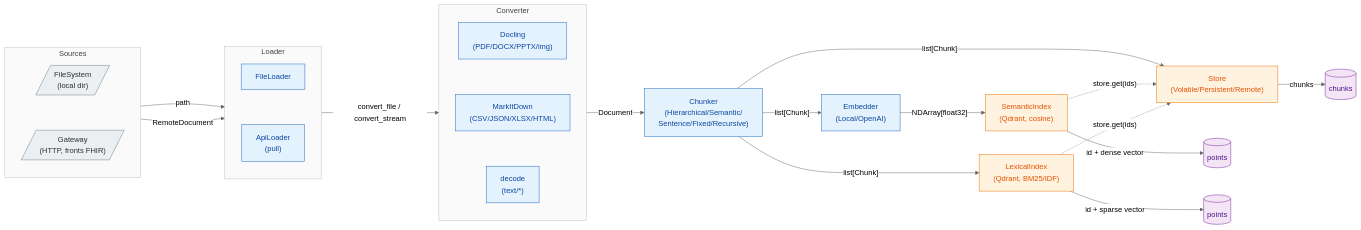
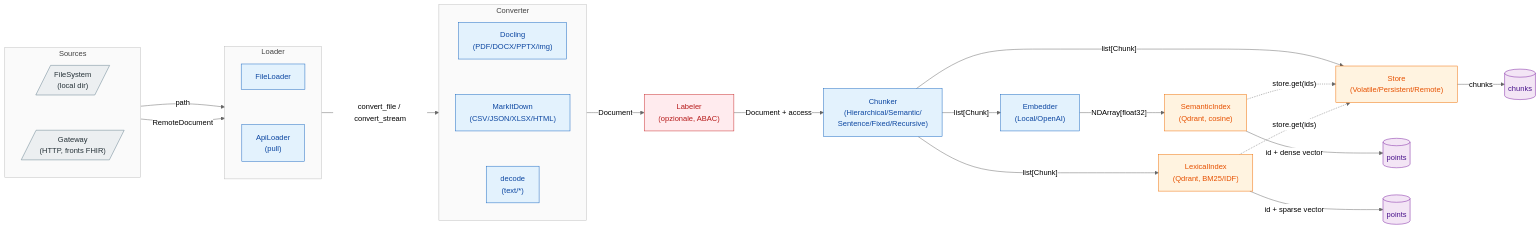
The second of 3 diagrams in docs/architecture.md (DavideFricano/auth-rag), drawn with Mermaid (neutral theme) before and after one commit. The commit also changed other lines of this file, not shown here.

First line of the commit message:
docs(architecture): the whole system, layer by layer

````diff
--- a/docs/architecture.md
+++ b/docs/architecture.md
@@ -7,67 +204,70 @@
 ```mermaid
 flowchart LR
     subgraph SRC[" Sources "]
         direction TB
         srcFs[/" FileSystem<br>(local dir) "/]
         srcGw[/" Gateway<br>(HTTP, fronts FHIR) "/]
         srcFs ~~~ srcGw
     end
 
     subgraph LOAD[" Loader "]
         direction TB
         ldFs[" FileLoader "]
         ldApi[" ApiLoader<br>(pull) "]
         ldFs ~~~ ldApi
     end
 
     subgraph CONV[" Converter "]
         direction TB
         cvDocling[" Docling<br>(PDF/DOCX/PPTX/img) "]
         cvMarkit[" MarkItDown<br>(CSV/JSON/XLSX/HTML) "]
         cvText[" decode<br>(text/*) "]
         cvDocling ~~~ cvMarkit ~~~ cvText
     end
 
     srcFs -- path --> ldFs
     srcGw -- RemoteDocument --> ldApi
     LOAD -- "convert_file / convert_stream" --> CONV
-    CONV -- Document --> C[" Chunker<br>(Hierarchical/Semantic/<br>Sentence/Fixed/Recursive) "]
+    CONV -- Document --> LB[" Labeler<br>(opzionale, ABAC) "]
+    LB -- "Document + access" --> C[" Chunker<br>(Hierarchical/Semantic/<br>Sentence/Fixed/Recursive) "]
 
     %% dato dei chunk: scritto una volta sola nello store condiviso
     C -- list[Chunk] --> S[" Store<br>(Volatile/Persistent/Remote) "]
     S -- chunks --> DBc[( chunks )]
 
     %% indici: solo id + rappresentazione, risolvono i chunk dallo store
     C -- list[Chunk] --> E[" Embedder<br>(Local/OpenAI) "]
     E -- NDArray[float32] --> IV[" SemanticIndex<br>(Qdrant, cosine) "]
     IV -- "id + dense vector" --> DBv[( points )]
     C -- list[Chunk] --> IL[" LexicalIndex<br>(Qdrant, BM25/IDF) "]
     IL -- "id + sparse vector" --> DBs[( points )]
     IV -.->|"store.get(ids)"| S
     IL -.->|"store.get(ids)"| S
 
     srcFs:::io
     srcGw:::io
     ldFs:::step
     ldApi:::step
     cvDocling:::step
     cvMarkit:::step
     cvText:::step
+    LB:::policy
     C:::step
     E:::step
     S:::store
     IV:::store
     IL:::store
     DBv:::db
     DBs:::db
     DBc:::db
     SRC:::group
     LOAD:::group
     CONV:::group
 
     classDef io fill:#eceff1,stroke:#607d8b,color:#263238
     classDef step fill:#e3f2fd,stroke:#1565c0,color:#0d47a1
     classDef store fill:#fff3e0,stroke:#ef6c00,color:#e65100
     classDef db fill:#f3e5f5,stroke:#7b1fa2,color:#4a148c
+    classDef policy fill:#ffebee,stroke:#c62828,color:#b71c1c
     classDef group fill:#fafafa,stroke:#bdbdbd,color:#424242
 ```
````
